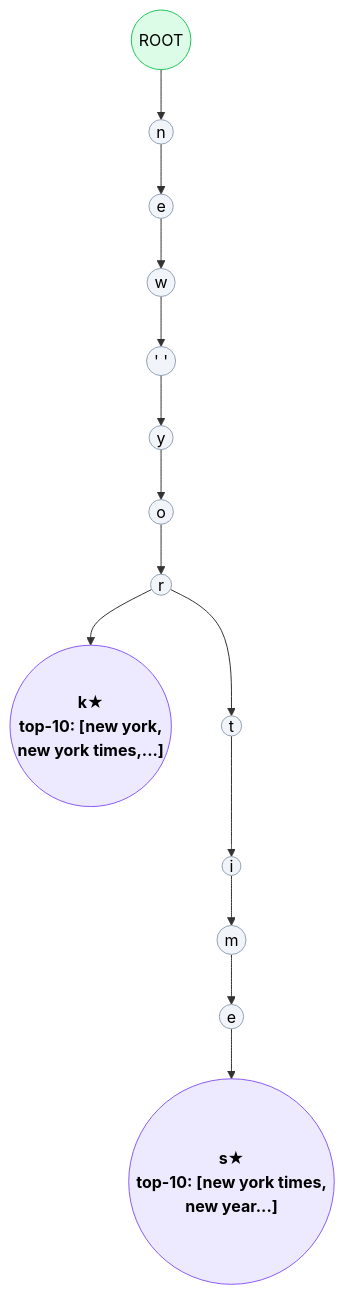
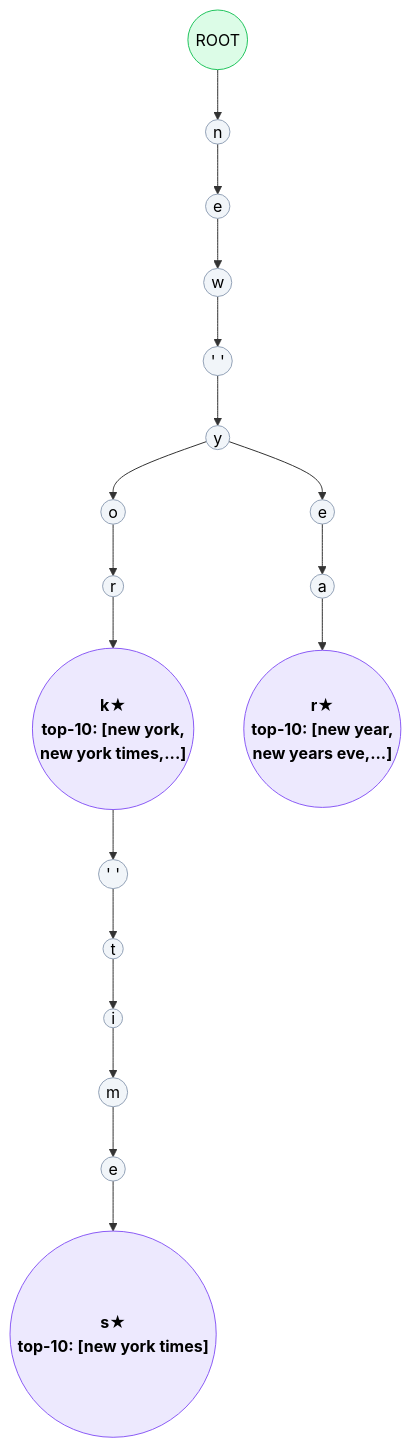
The third of 4 diagrams in Bonus-Real-World-Architectures/10-Typeahead-Autocomplete/README.md (Ankan1998/learn-system-design), drawn with Mermaid before and after one commit. The commit also changed other lines of this file and 139 other files, not shown here.

````diff
--- a/Bonus-Real-World-Architectures/10-Typeahead-Autocomplete/README.md
+++ b/Bonus-Real-World-Architectures/10-Typeahead-Autocomplete/README.md
@@ -295,28 +300,33 @@
 ```mermaid
 flowchart TD
     ROOT(("ROOT"))
     N(("n"))
     NE(("e"))
     NEW(("w"))
     NEWSP(("' '"))
     NEWY(("y"))
     NEWYOR(("o"))
     NEWYORK(("r"))
     NEWYORKK(("k★<br/>top-10: [new york,<br/>new york times,...]"))
+    NEWYORKSP(("' '"))
     NEWYT(("t"))
     NEWYTI(("i"))
     NEWYTIM(("m"))
     NEWYTIME(("e"))
-    NEWYTIMES(("s★<br/>top-10: [new york times,<br/>new year...]"))
+    NEWYTIMES(("s★<br/>top-10: [new york times]"))
+    NEWYE(("e"))
+    NEWYEA(("a"))
+    NEWYEAR(("r★<br/>top-10: [new year,<br/>new years eve,...]"))
 
     ROOT --> N --> NE --> NEW --> NEWSP --> NEWY --> NEWYOR --> NEWYORK --> NEWYORKK
-    NEWYORK --> NEWYT --> NEWYTI --> NEWYTIM --> NEWYTIME --> NEWYTIMES
+    NEWYORKK --> NEWYORKSP --> NEWYT --> NEWYTI --> NEWYTIM --> NEWYTIME --> NEWYTIMES
+    NEWY --> NEWYE --> NEWYEA --> NEWYEAR
 
     classDef leaf fill:#ede9fe,stroke:#8b5cf6,color:#000,font-weight:bold
     classDef node fill:#f1f5f9,stroke:#94a3b8,color:#000
     classDef root fill:#dcfce7,stroke:#22c55e,color:#000
 
-    class NEWYORKK,NEWYTIMES leaf
+    class NEWYORKK,NEWYTIMES,NEWYEAR leaf
     class ROOT root
-    class N,NE,NEW,NEWSP,NEWY,NEWYOR,NEWYORK,NEWYT,NEWYTI,NEWYTIM,NEWYTIME node
+    class N,NE,NEW,NEWSP,NEWY,NEWYOR,NEWYORK,NEWYORKSP,NEWYT,NEWYTI,NEWYTIM,NEWYTIME,NEWYE,NEWYEA node
 ```
````
